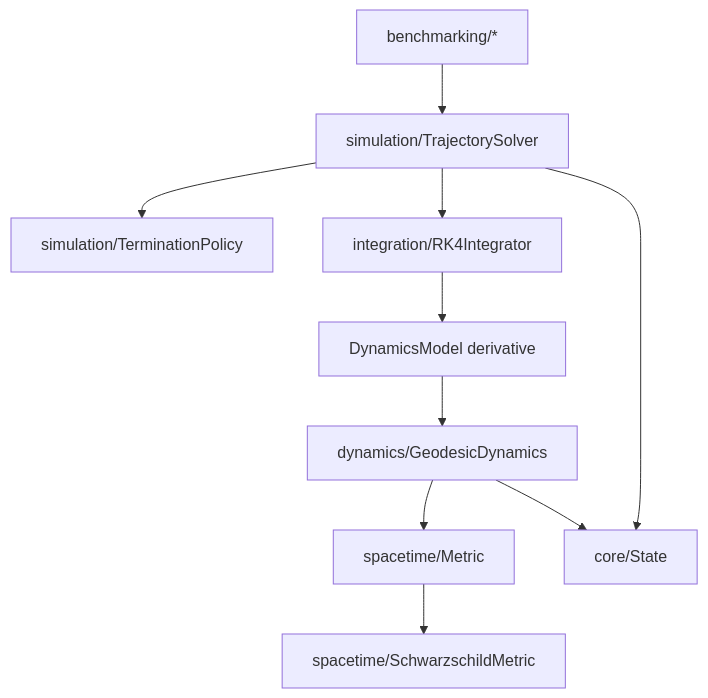
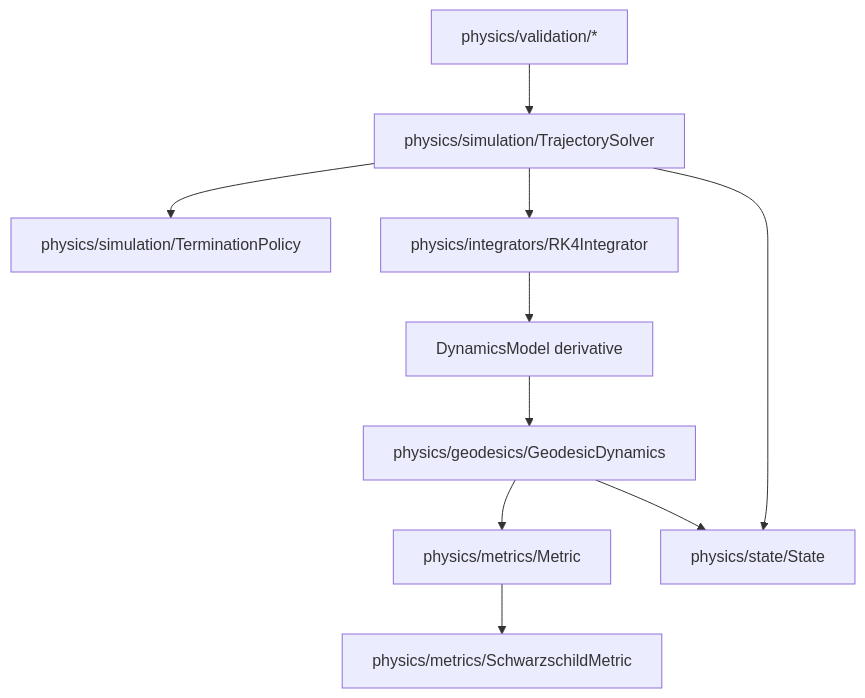
One commit to seds-celestia-simulations/Penrose changed the second of 6 diagrams in docs/architecture/architecture_refactor.md. Above: the diagram before and after it, drawn with Mermaid. The commit also changed other lines of this file and 65 other files, not shown here.

````diff
--- a/docs/architecture/architecture_refactor.md
+++ b/docs/architecture/architecture_refactor.md
@@ -105,12 +117,12 @@
 ```mermaid
 flowchart TD
-    Bench[benchmarking/*] --> Solver[simulation/TrajectorySolver]
-    Solver --> Policy[simulation/TerminationPolicy]
-    Solver --> RK4[integration/RK4Integrator]
+    Bench[physics/validation/*] --> Solver[physics/simulation/TrajectorySolver]
+    Solver --> Policy[physics/simulation/TerminationPolicy]
+    Solver --> RK4[physics/integrators/RK4Integrator]
     RK4 --> Deriv[DynamicsModel derivative]
-    Deriv --> GeoDyn[dynamics/GeodesicDynamics]
-    GeoDyn --> Metric[spacetime/Metric]
-    Metric --> Schwarzschild[spacetime/SchwarzschildMetric]
-    Solver --> State[core/State]
+    Deriv --> GeoDyn[physics/geodesics/GeodesicDynamics]
+    GeoDyn --> Metric[physics/metrics/Metric]
+    Metric --> Schwarzschild[physics/metrics/SchwarzschildMetric]
+    Solver --> State[physics/state/State]
     GeoDyn --> State
 ```
````
